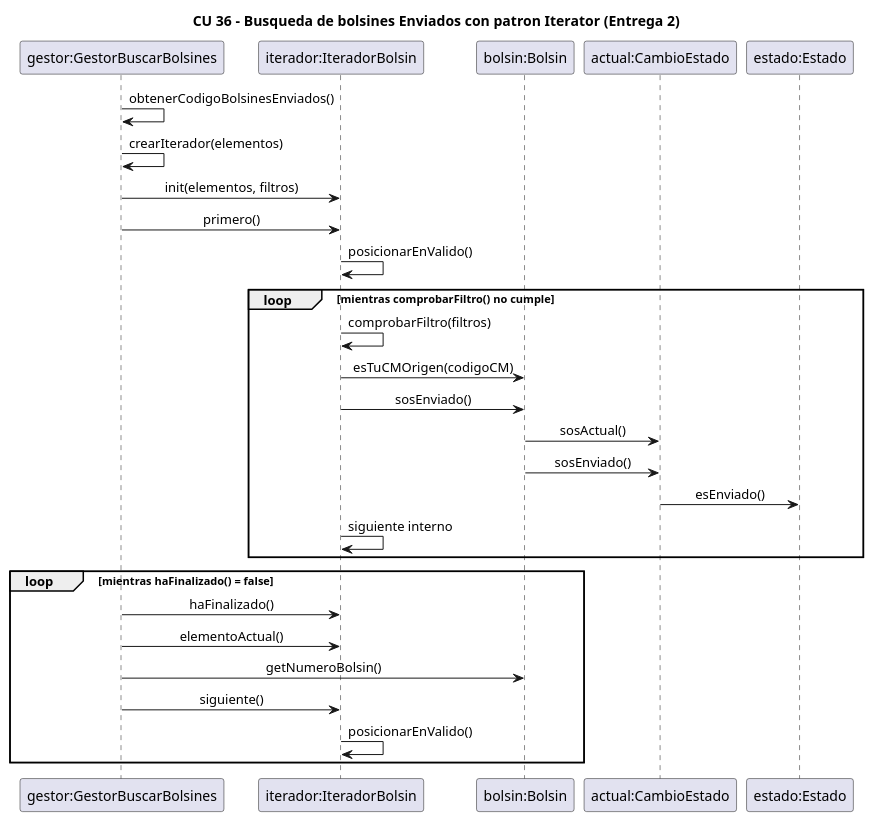
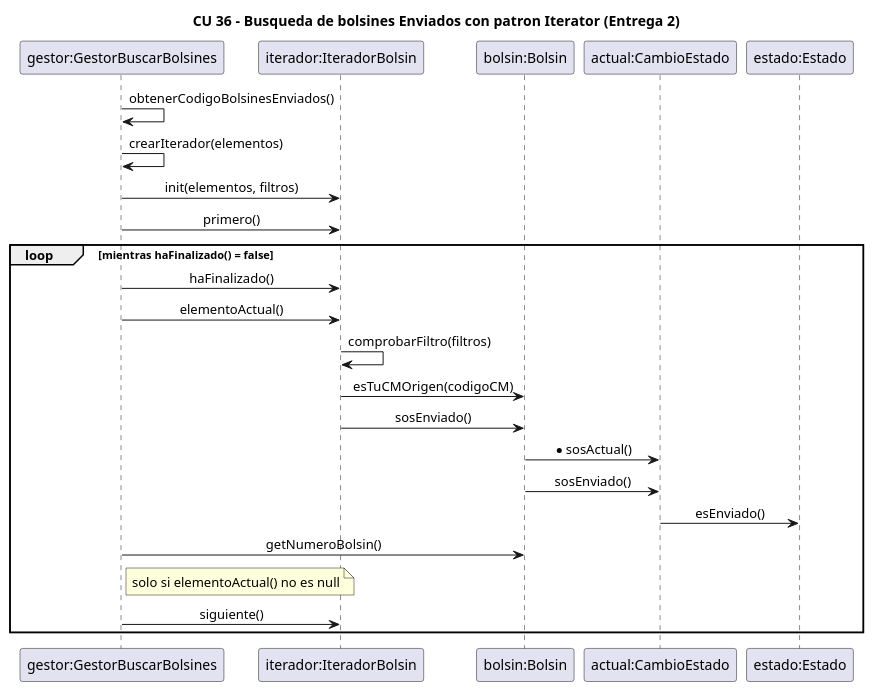
The diagram in docs/diagramas/secuencia-cu36-iterator.puml (JoaquinMorais/DSI-TPI-Bolsines), drawn with PlantUML before and after one commit. The commit also changed 24 other files, not shown here.

```diff
--- a/docs/diagramas/secuencia-cu36-iterator.puml
+++ b/docs/diagramas/secuencia-cu36-iterator.puml
@@ -1,38 +1,34 @@
 @startuml secuencia-cu36-iterator
 title CU 36 - Busqueda de bolsines Enviados con patron Iterator (Entrega 2)
 skinparam sequenceMessageAlign center
 
-' Decision: primero() y siguiente() avanzan internamente hasta el proximo
-' elemento que cumple comprobarFiltro(). elementoActual() siempre devuelve
-' un bolsin valido y el gestor no filtra nada.
+' Igual que el diagrama de secuencia de la Entrega 2: elementoActual() llama a
+' comprobarFiltro(); devuelve el bolsin si cumple el filtro o null si no.
+' primero() y siguiente() solo mueven la posicion.
 ' Decision: "new" del diagrama se implementa como init (constructor).
 
 participant "gestor:GestorBuscarBolsines" as G
 participant "iterador:IteradorBolsin" as IT
 participant "bolsin:Bolsin" as B
 participant "actual:CambioEstado" as CE
 participant "estado:Estado" as ES
 
 G -> G : obtenerCodigoBolsinesEnviados()
 G -> G : crearIterador(elementos)
 G -> IT : init(elementos, filtros)
 G -> IT : primero()
-IT -> IT : posicionarEnValido()
-loop mientras comprobarFiltro() no cumple
-  IT -> IT : comprobarFiltro(filtros)
-  IT -> B : esTuCMOrigen(codigoCM)
-  IT -> B : sosEnviado()
-  B -> CE : sosActual()
-  B -> CE : sosEnviado()
-  CE -> ES : esEnviado()
-  IT -> IT : siguiente interno
-end
 
 loop mientras haFinalizado() = false
   G -> IT : haFinalizado()
   G -> IT : elementoActual()
+  IT -> IT : comprobarFiltro(filtros)
+  IT -> B : esTuCMOrigen(codigoCM)
+  IT -> B : sosEnviado()
+  B -> CE : *sosActual()
+  B -> CE : sosEnviado()
+  CE -> ES : esEnviado()
   G -> B : getNumeroBolsin()
+  note right of G : solo si elementoActual() no es null
   G -> IT : siguiente()
-  IT -> IT : posicionarEnValido()
 end
 @enduml
```
